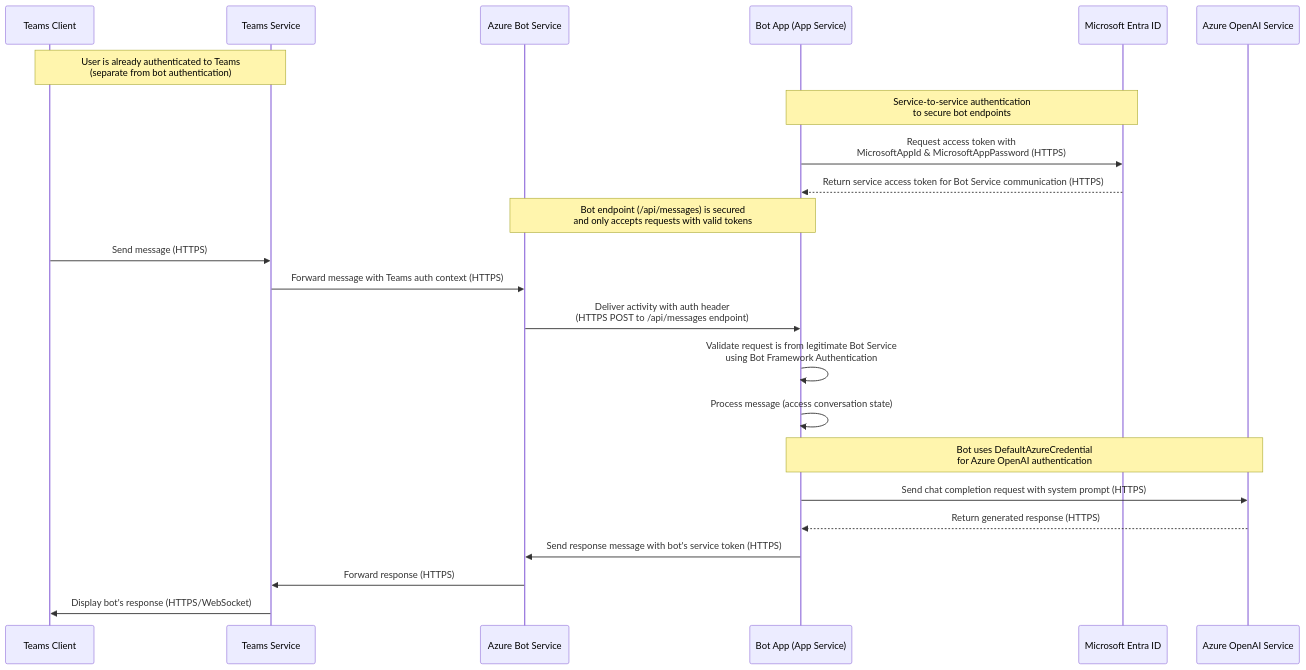
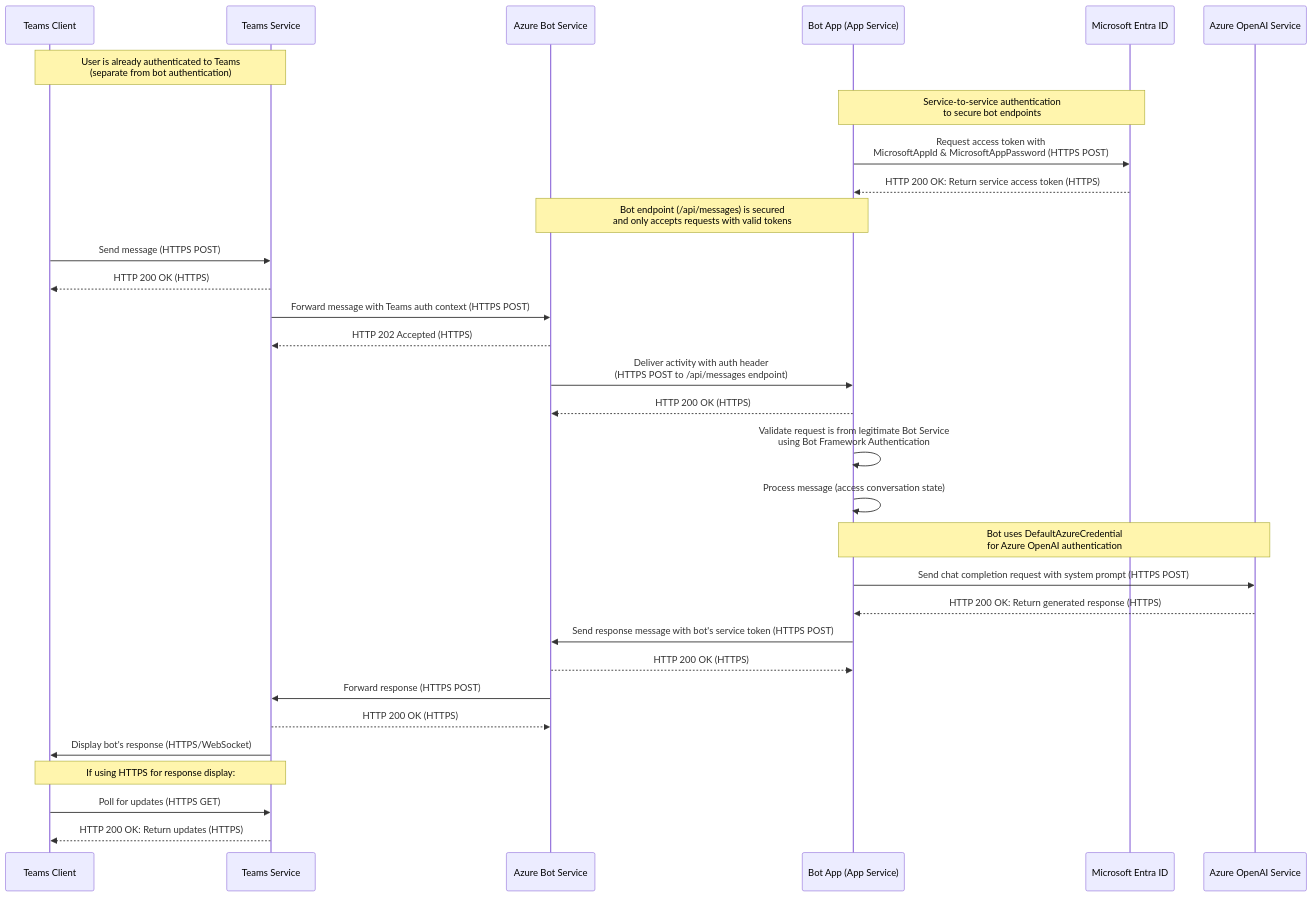
One commit to rukasakurai/SystemPromptSwitchingGPTBot changed the diagram in docs/sequence-diagram.md. Above: the diagram before and after it, drawn with Mermaid.

Commit message:
Update sequence diagram to enhance clarity of message flow and authentication processes

````diff
--- a/docs/sequence-diagram.md
+++ b/docs/sequence-diagram.md
@@ -5,38 +5,48 @@
 ```mermaid
 sequenceDiagram
     participant User as Teams Client
     participant TeamsService as Teams Service
     participant BotService as Azure Bot Service
     participant Bot as Bot App (App Service)
     participant Entra as Microsoft Entra ID
     participant OpenAI as Azure OpenAI Service
 
     %% User is already authenticated to Teams (happens before bot interaction)
     Note over User,TeamsService: User is already authenticated to Teams<br/>(separate from bot authentication)
 
     %% Service-to-service authentication for securing API endpoints
     Note over Bot,Entra: Service-to-service authentication<br/>to secure bot endpoints
-    Bot->>Entra: Request access token with<br/>MicrosoftAppId & MicrosoftAppPassword (HTTPS)
-    Entra-->>Bot: Return service access token for Bot Service communication (HTTPS)
+    Bot->>Entra: Request access token with<br/>MicrosoftAppId & MicrosoftAppPassword (HTTPS POST)
+    Entra-->>Bot: HTTP 200 OK: Return service access token (HTTPS)
     Note over BotService,Bot: Bot endpoint (/api/messages) is secured<br/>and only accepts requests with valid tokens
 
     %% Initial message flow
-    User->>TeamsService: Send message (HTTPS)
-    TeamsService->>BotService: Forward message with Teams auth context (HTTPS)
+    User->>TeamsService: Send message (HTTPS POST)
+    TeamsService-->>User: HTTP 200 OK (HTTPS)
+    TeamsService->>BotService: Forward message with Teams auth context (HTTPS POST)
+    BotService-->>TeamsService: HTTP 202 Accepted (HTTPS)
     BotService->>Bot: Deliver activity with auth header<br/>(HTTPS POST to /api/messages endpoint)
+    Bot-->>BotService: HTTP 200 OK (HTTPS)
 
     %% Bot validates incoming requests
     Bot->>Bot: Validate request is from legitimate Bot Service<br/>using Bot Framework Authentication
 
     %% Main message processing flow
     Bot->>Bot: Process message (access conversation state)
 
     %% Azure OpenAI interaction
     Note over Bot,OpenAI: Bot uses DefaultAzureCredential<br/>for Azure OpenAI authentication
-    Bot->>OpenAI: Send chat completion request with system prompt (HTTPS)
-    OpenAI-->>Bot: Return generated response (HTTPS)
+    Bot->>OpenAI: Send chat completion request with system prompt (HTTPS POST)
+    OpenAI-->>Bot: HTTP 200 OK: Return generated response (HTTPS)
 
-    Bot->>BotService: Send response message with bot's service token (HTTPS)
-    BotService->>TeamsService: Forward response (HTTPS)
+    Bot->>BotService: Send response message with bot's service token (HTTPS POST)
+    BotService-->>Bot: HTTP 200 OK (HTTPS)
+    BotService->>TeamsService: Forward response (HTTPS POST)
+    TeamsService-->>BotService: HTTP 200 OK (HTTPS)
     TeamsService->>User: Display bot's response (HTTPS/WebSocket)
+
+    %% If using HTTPS for response display
+    Note over TeamsService,User: If using HTTPS for response display:
+    User->>TeamsService: Poll for updates (HTTPS GET)
+    TeamsService-->>User: HTTP 200 OK: Return updates (HTTPS)
 ```
````
